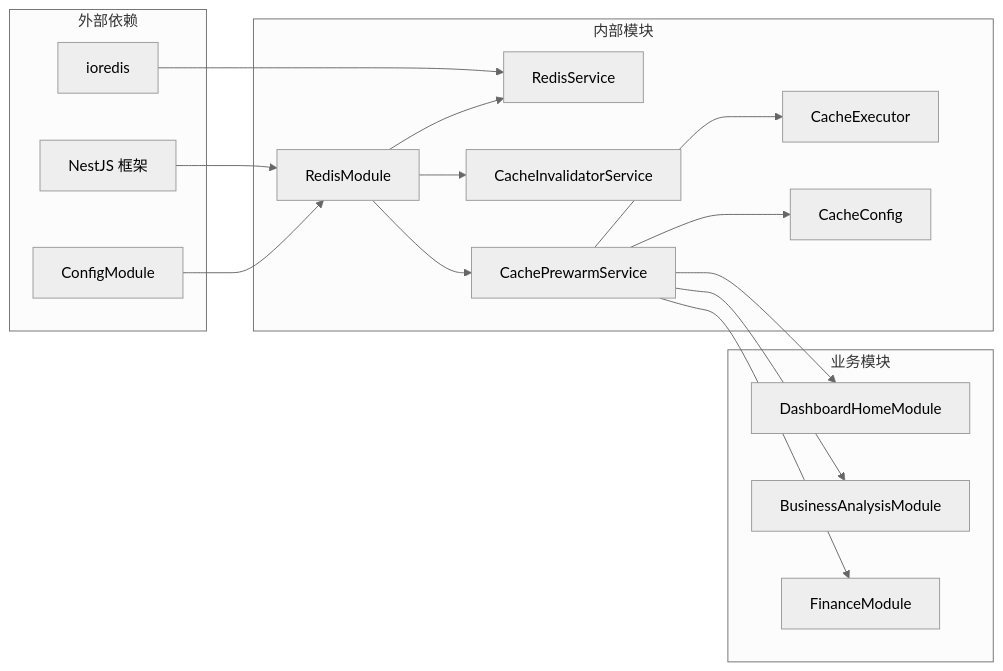
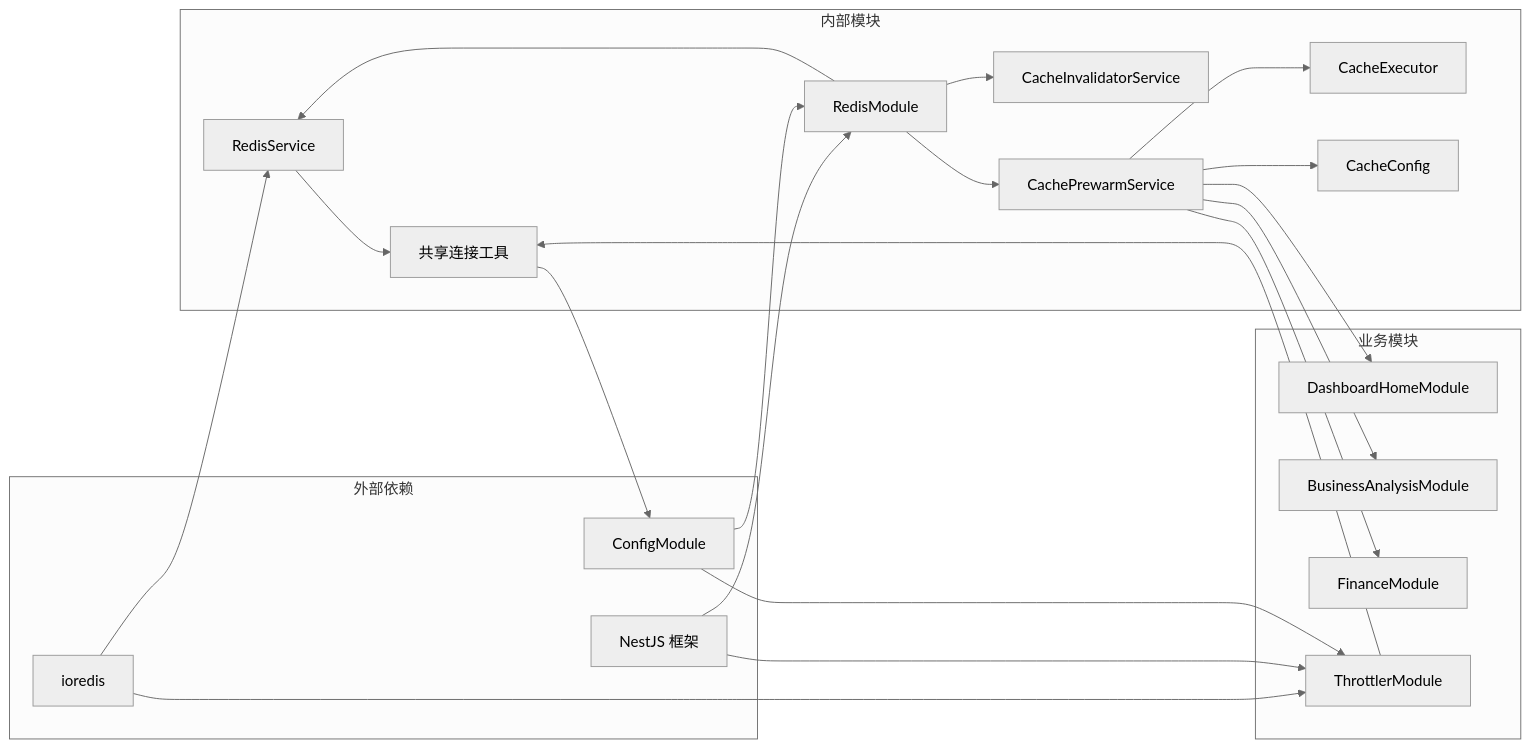
One commit to rc558620/purelyprofit-server changed the seventh of 7 diagrams in .qoder/repowiki/zh/content/缓存系统/Redis 集成方案.md. Above: the diagram before and after it, drawn with Mermaid (neutral theme). The commit also changed other lines of this file and 55 other files, not shown here.

````diff
--- a/.qoder/repowiki/zh/content/缓存系统/Redis 集成方案.md
+++ b/.qoder/repowiki/zh/content/缓存系统/Redis 集成方案.md
@@ -311,32 +387,40 @@
 ```mermaid
 graph LR
 subgraph "外部依赖"
 IoRedis[ioredis]
 NestJS[NestJS 框架]
 ConfigModule[ConfigModule]
 end
 subgraph "内部模块"
 RedisModule[RedisModule]
 RedisService[RedisService]
 CacheInvalidator[CacheInvalidatorService]
 CachePrewarm[CachePrewarmService]
 CacheExecutor[CacheExecutor]
 CacheConfig[CacheConfig]
+SharedUtils[共享连接工具]
 end
 subgraph "业务模块"
 DashboardHome[DashboardHomeModule]
 BusinessAnalysis[BusinessAnalysisModule]
 Finance[FinanceModule]
+ThrottlerModule[ThrottlerModule]
 end
 IoRedis --> RedisService
+IoRedis --> ThrottlerModule
 NestJS --> RedisModule
+NestJS --> ThrottlerModule
 ConfigModule --> RedisModule
+ConfigModule --> ThrottlerModule
 RedisModule --> RedisService
 RedisModule --> CacheInvalidator
 RedisModule --> CachePrewarm
+RedisService --> SharedUtils
+ThrottlerModule --> SharedUtils
+SharedUtils --> ConfigModule
 CachePrewarm --> CacheExecutor
 CachePrewarm --> CacheConfig
 CachePrewarm --> DashboardHome
 CachePrewarm --> BusinessAnalysis
 CachePrewarm --> Finance
 ```
````
